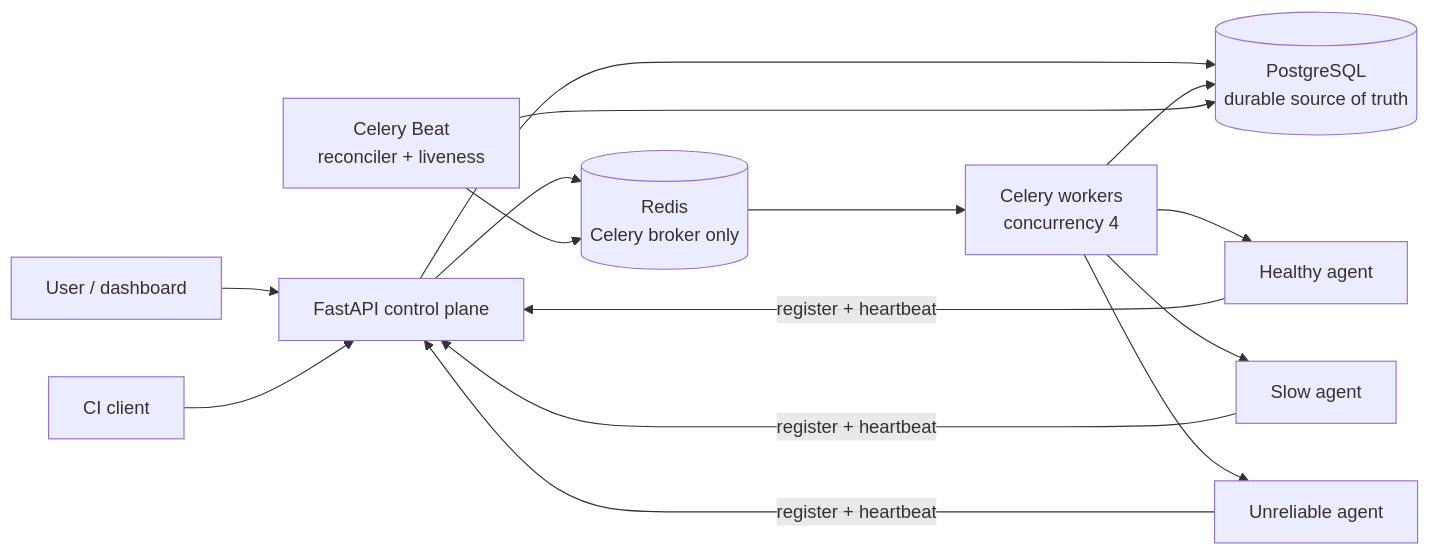
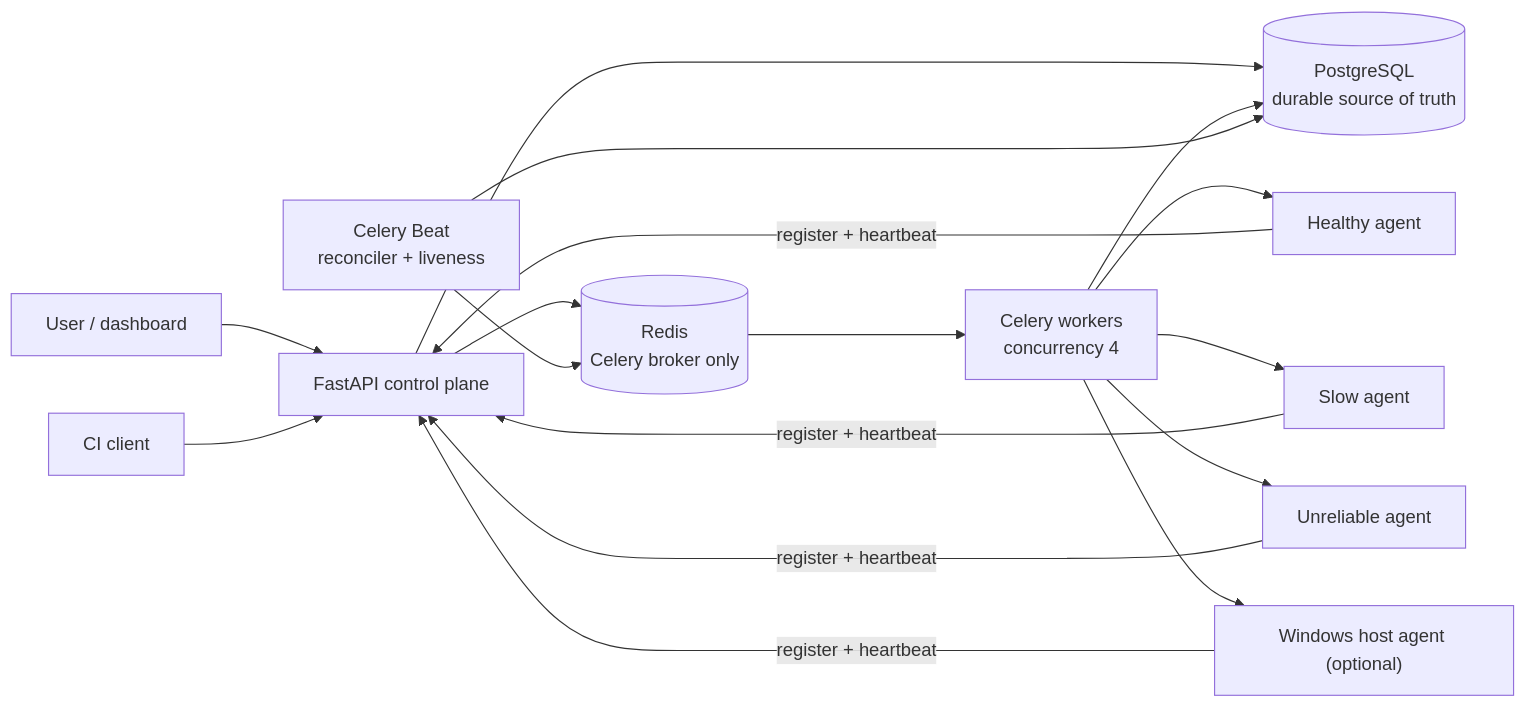
One commit to MdFahimBashar/HILForge changed the diagram in README.md. Above: the diagram before and after it, drawn with Mermaid. The commit also changed other lines of this file and 22 other files, not shown here.

Commit message:
Add Windows host validation agent

````diff
--- a/README.md
+++ b/README.md
@@ -37,15 +38,17 @@
 ```mermaid
 flowchart LR
     U["User / dashboard"] --> A["FastAPI control plane"]
     C["CI client"] --> A
     A --> P[("PostgreSQL\ndurable source of truth")]
     A --> R[("Redis\nCelery broker only")]
     R --> W["Celery workers\nconcurrency 4"]
     W --> P
     W --> D1["Healthy agent"]
     W --> D2["Slow agent"]
     W --> D3["Unreliable agent"]
+    W --> H["Windows host agent (optional)"]
     D1 & D2 & D3 -->|"register + heartbeat"| A
+    H -->|"register + heartbeat"| A
     B["Celery Beat\nreconciler + liveness"] --> P
     B --> R
 ```
````
